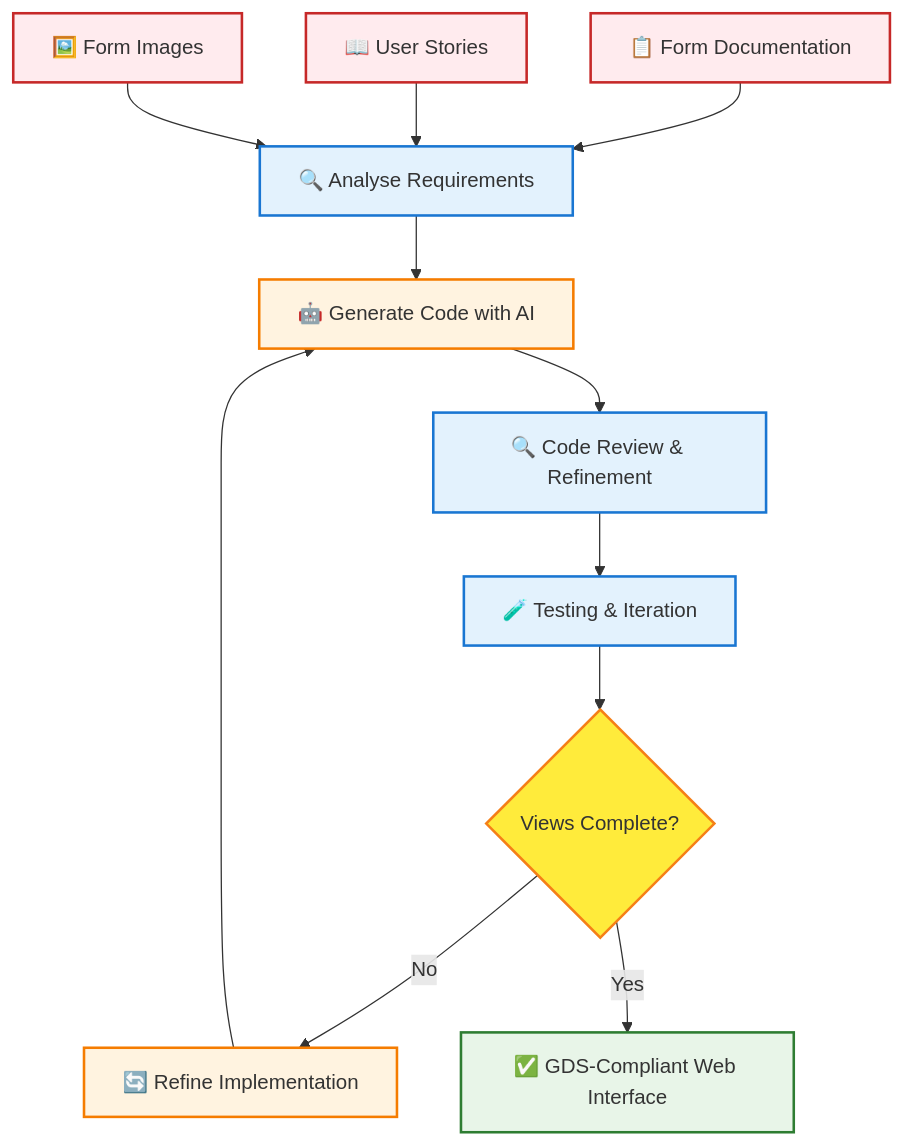
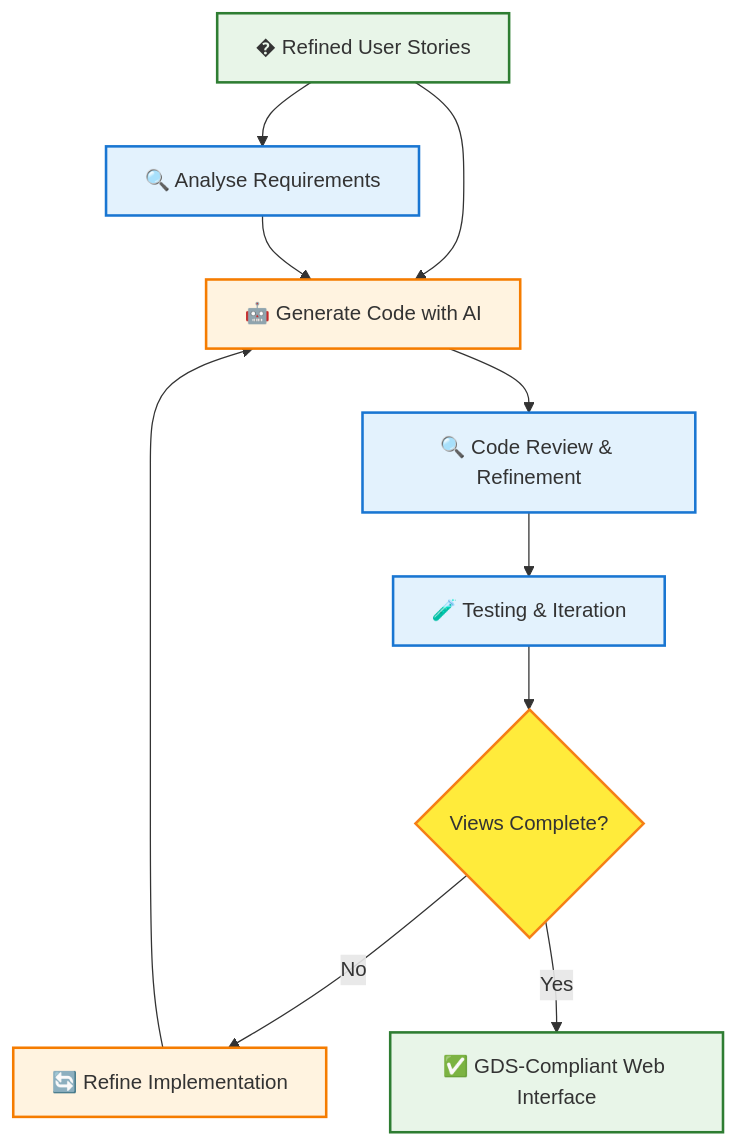
One commit to DEFRA/defra-ai-legacy-modernisation changed the diagram in playbook/pages/pathways/ms-access/frontend/02-build-gds-views.md. Above: the diagram before and after it, drawn with Mermaid. The commit also changed other lines of this file and 3 other files, not shown here.

```diff
--- a/playbook/pages/pathways/ms-access/frontend/02-build-gds-views.md
+++ b/playbook/pages/pathways/ms-access/frontend/02-build-gds-views.md
@@ -7,26 +7,25 @@
 <pre class="mermaid">
 flowchart TD
-    A["📋 Form Documentation"] --> B["🔍 Analyse Requirements"]
-    C["📖 User Stories"] --> B
-    D["🖼️ Form Images"] --> B
-    B --> E["🤖 Generate Code with AI"]
-    E --> F["🔍 Code Review & Refinement"]
-    F --> G["🧪 Testing & Iteration"]
-    G --> H{"Views Complete?"}
-    H -->|No| I["🔄 Refine Implementation"]
-    H -->|Yes| J["✅ GDS-Compliant Web Interface"]
-    I --> E
+    A["� Refined User Stories"] --> B["🔍 Analyse Requirements"]
+    A --> C["🤖 Generate Code with AI"]
+    B --> C
+    C --> D["🔍 Code Review & Refinement"]
+    D --> E["🧪 Testing & Iteration"]
+    E --> F{"Views Complete?"}
+    F -->|No| G["🔄 Refine Implementation"]
+    F -->|Yes| H["✅ GDS-Compliant Web Interface"]
+    G --> C
 
-    classDef input fill:#ffebee,stroke:#c62828,stroke-width:2px
+    classDef input fill:#e8f5e8,stroke:#2e7d32,stroke-width:2px
     classDef process fill:#e3f2fd,stroke:#1976d2,stroke-width:2px
     classDef ai fill:#fff3e0,stroke:#f57c00,stroke-width:2px
     classDef review fill:#f3e5f5,stroke:#7b1fa2,stroke-width:2px
     classDef decision fill:#ffeb3b,stroke:#f57f17,stroke-width:2px
     classDef output fill:#e8f5e8,stroke:#2e7d32,stroke-width:2px
 
-    class A,C,D input
-    class B,F,G process
-    class E,I ai
-    class H decision
-    class J output
+    class A input
+    class B,D,E process
+    class C,G ai
+    class F decision
+    class H output
 </pre>
```
